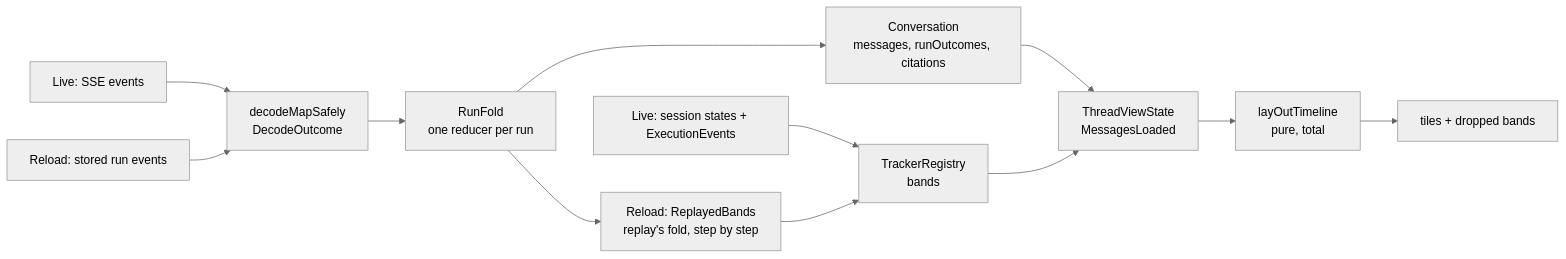
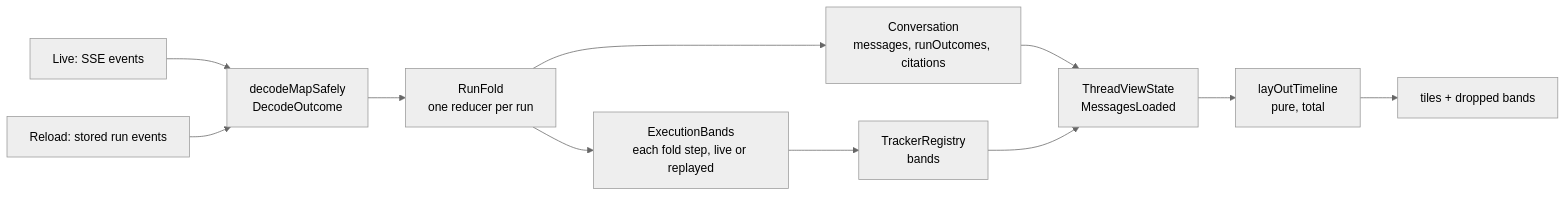
Before and after one commit to soliplex/frontend: the diagram in docs/adr/ADR-006-thread-timeline-model.md, drawn with Mermaid (neutral theme). The commit also changed other lines of this file and 27 other files, not shown here.

````diff
--- a/docs/adr/ADR-006-thread-timeline-model.md
+++ b/docs/adr/ADR-006-thread-timeline-model.md
@@ -38,14 +38,13 @@
 ```mermaid
 flowchart LR
   live["Live: SSE events"] --> dec["decodeMapSafely<br/>DecodeOutcome"]
   stored["Reload: stored run events"] --> dec
   dec --> fold["RunFold<br/>one reducer per run"]
   fold --> conv["Conversation<br/>messages, runOutcomes, citations"]
-  ev["Live: session states + ExecutionEvents"] --> trk["TrackerRegistry<br/>bands"]
-  fold --> rep["Reload: ReplayedBands<br/>replay's fold, step by step"]
-  rep --> trk
+  fold --> rep["ExecutionBands<br/>each fold step, live or replayed"]
+  rep --> trk["TrackerRegistry<br/>bands"]
   conv --> tvs["ThreadViewState<br/>MessagesLoaded"]
   trk --> tvs
   tvs --> lay["layOutTimeline<br/>pure, total"]
   lay --> tiles["tiles + dropped bands"]
 ```
````
